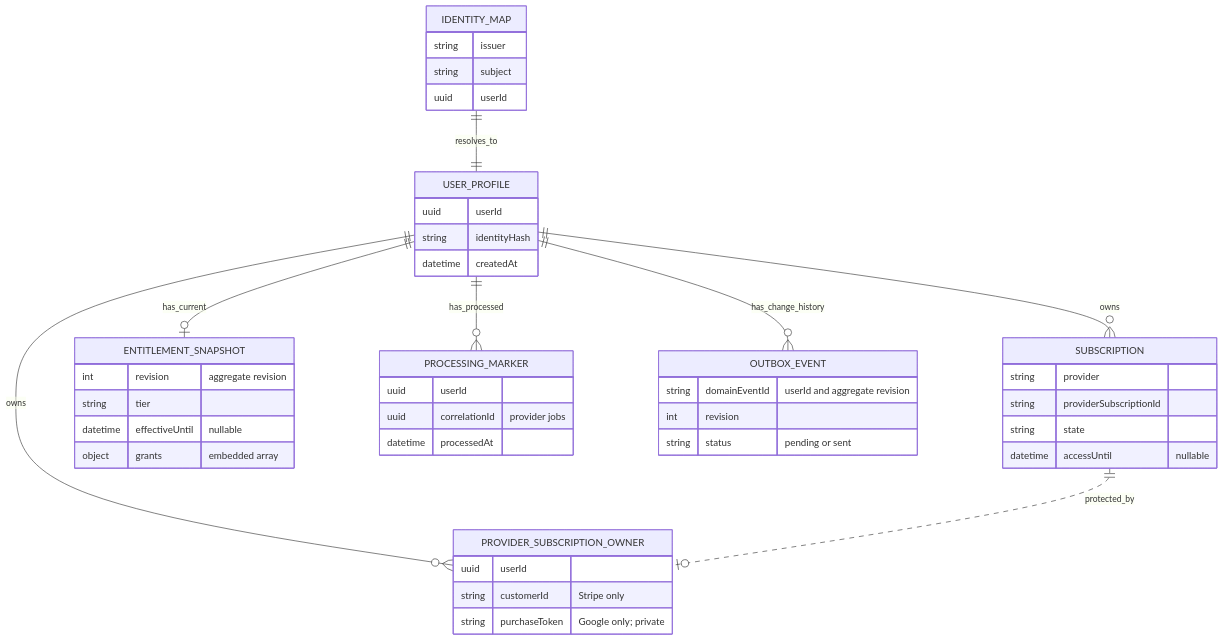
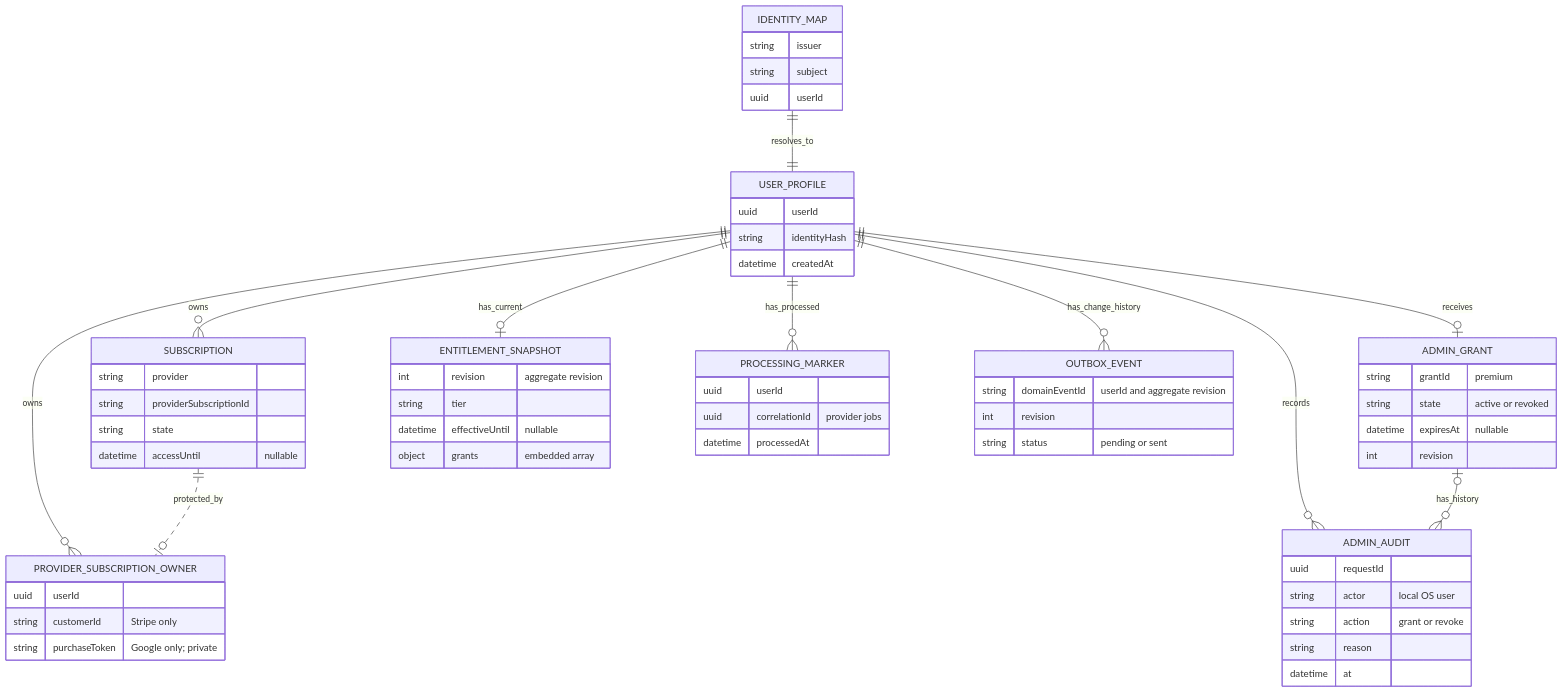
One commit to phillippbertram/subscription-consolidation-workshop changed the first of 2 diagrams in docs/DYNAMODB_DATA_MODEL.md. Above: the diagram before and after it, drawn with Mermaid. The commit also changed other lines of this file and 166 other files, not shown here.

````diff
--- a/docs/DYNAMODB_DATA_MODEL.md
+++ b/docs/DYNAMODB_DATA_MODEL.md
@@ -15,48 +15,64 @@
 ```mermaid
 erDiagram
     IDENTITY_MAP ||--|| USER_PROFILE : resolves_to
     USER_PROFILE ||--o{ SUBSCRIPTION : owns
+    USER_PROFILE ||--o| ADMIN_GRANT : receives
+    USER_PROFILE ||--o{ ADMIN_AUDIT : records
+    ADMIN_GRANT o|--o{ ADMIN_AUDIT : has_history
     USER_PROFILE ||--o| ENTITLEMENT_SNAPSHOT : has_current
     USER_PROFILE ||--o{ PROVIDER_SUBSCRIPTION_OWNER : owns
     SUBSCRIPTION ||..o| PROVIDER_SUBSCRIPTION_OWNER : protected_by
     USER_PROFILE ||--o{ PROCESSING_MARKER : has_processed
     USER_PROFILE ||--o{ OUTBOX_EVENT : has_change_history
 
     IDENTITY_MAP {
         string issuer
         string subject
         uuid userId
     }
     USER_PROFILE {
         uuid userId
         string identityHash
         datetime createdAt
     }
     SUBSCRIPTION {
         string provider
         string providerSubscriptionId
         string state
         datetime accessUntil "nullable"
+    }
+    ADMIN_GRANT {
+        string grantId "premium"
+        string state "active or revoked"
+        datetime expiresAt "nullable"
+        int revision
+    }
+    ADMIN_AUDIT {
+        uuid requestId
+        string actor "local OS user"
+        string action "grant or revoke"
+        string reason
+        datetime at
     }
     ENTITLEMENT_SNAPSHOT {
         int revision "aggregate revision"
         string tier
         datetime effectiveUntil "nullable"
         object grants "embedded array"
     }
     PROVIDER_SUBSCRIPTION_OWNER {
         uuid userId
         string customerId "Stripe only"
         string purchaseToken "Google only; private"
     }
     PROCESSING_MARKER {
         uuid userId
         uuid correlationId "provider jobs"
         datetime processedAt
     }
     OUTBOX_EVENT {
         string domainEventId "userId and aggregate revision"
         int revision
         string status "pending or sent"
     }
 ```
````
